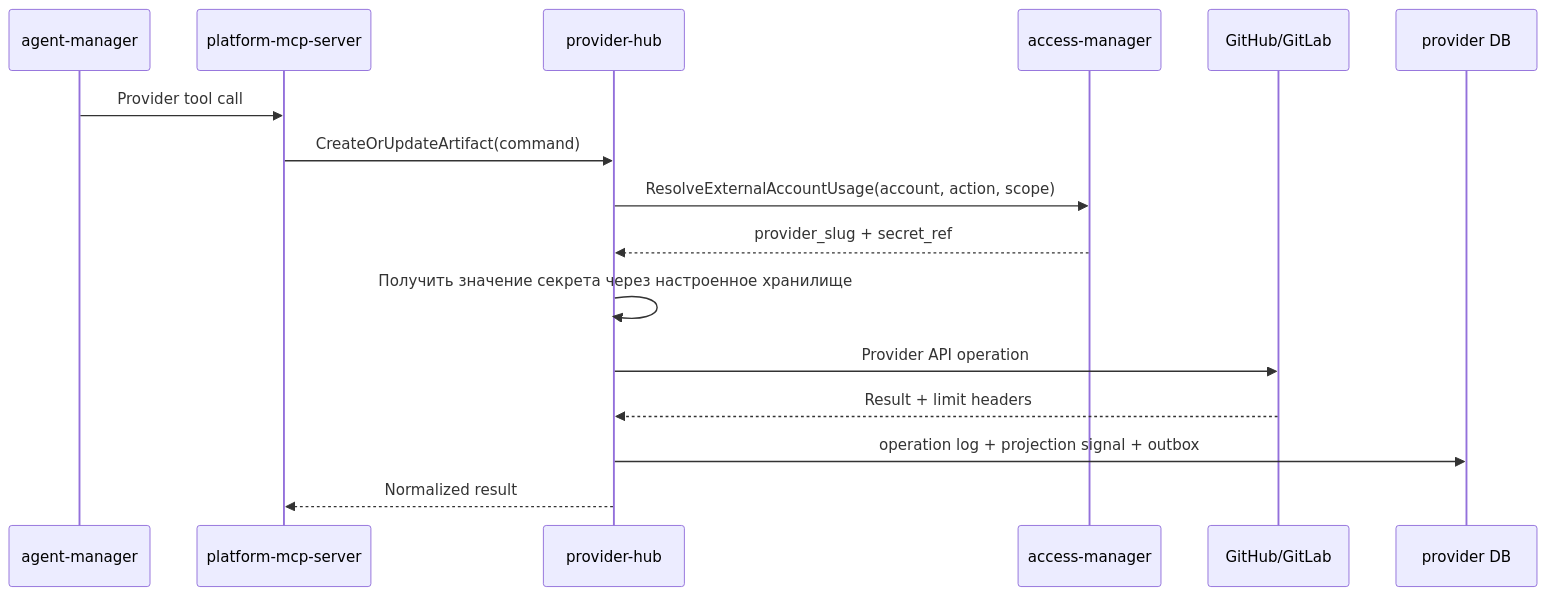
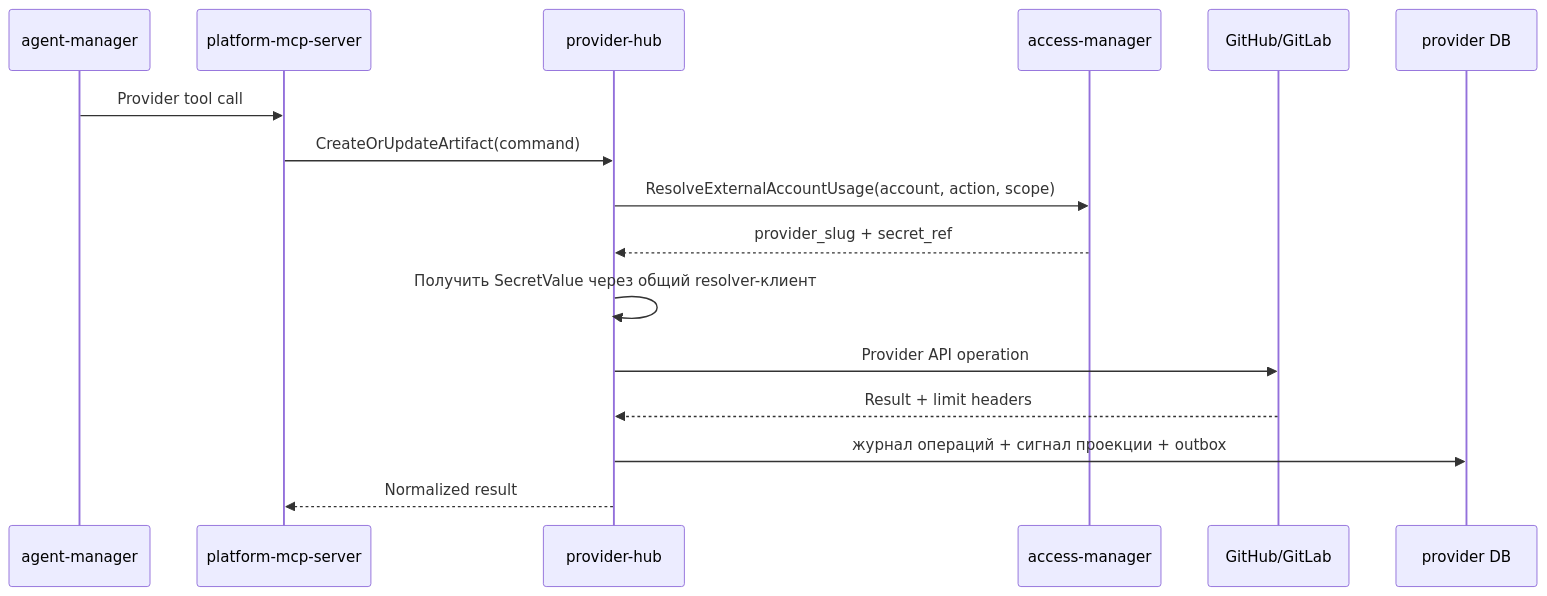
The third of 4 diagrams in docs/domains/provider-native-work-items/architecture/design.md (codex-k8s/kodex), drawn with Mermaid before and after one commit. The commit also changed other lines of this file and 41 other files, not shown here.

Commit message:
Add shared secret resolver contract

````diff
--- a/docs/domains/provider-native-work-items/architecture/design.md
+++ b/docs/domains/provider-native-work-items/architecture/design.md
@@ -113,18 +113,18 @@
 ```mermaid
 sequenceDiagram
   participant AM as agent-manager
   participant MCP as platform-mcp-server
   participant H as provider-hub
   participant A as access-manager
   participant P as GitHub/GitLab
   participant DB as provider DB
   AM->>MCP: Provider tool call
   MCP->>H: CreateOrUpdateArtifact(command)
   H->>A: ResolveExternalAccountUsage(account, action, scope)
   A-->>H: provider_slug + secret_ref
-  H->>H: Получить значение секрета через настроенное хранилище
+  H->>H: Получить SecretValue через общий resolver-клиент
   H->>P: Provider API operation
   P-->>H: Result + limit headers
-  H->>DB: operation log + projection signal + outbox
+  H->>DB: журнал операций + сигнал проекции + outbox
   H-->>MCP: Normalized result
 ```
````
